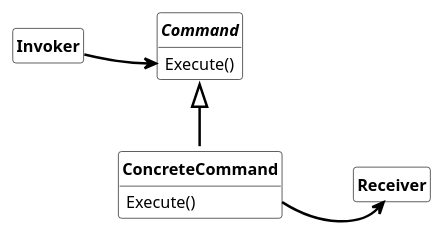
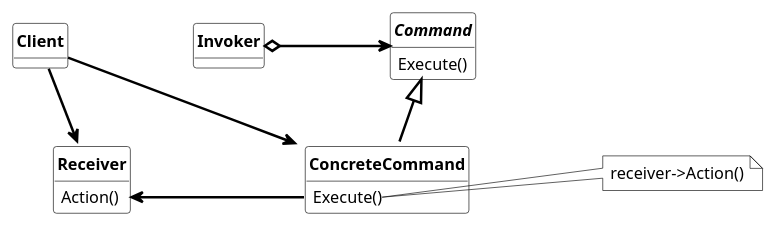
Before and after one commit to dst80/design-patterns: the diagram in behavioral_pattern/command/command.md, drawn with PlantUML. The commit also changed other lines of this file, not shown here.

Commit message:
update command pattern

````diff
--- a/behavioral_pattern/command/command.md
+++ b/behavioral_pattern/command/command.md
@@ -7,41 +5,58 @@
 ```plantuml
 @startuml command_pattern
 skinparam ranksep 50
-skinparam nodesep 50
+skinparam nodesep 100
 skinparam class {
   FontSize 13
   AttributeFontSize 13
   FontStyle bold
   BackgroundColor transparent
   BorderColor black
 }
 skinparam arrow {
   Color black
   FontColor black
   Thickness 2
 }
 skinparam note {
   BackgroundColor transparent
   BorderColor black
 }
 hide circle
 hide fields
 
-class Invoker
-hide Invoker members
+together {
+class Client {
+} 
 
+class Invoker {
+
+}
+class Receiver {
+  Action()
+} 
+Client -r[hidden] Invoker
+Client -d-> Receiver
+}
+
+together {
 interface Command {
   Execute()
 }
-Invoker -> Command::Execute
 
 class ConcreteCommand extends Command {
   Execute()
+  someState 
+}
 }
 
-class Receiver 
-hide Receiver members
+note right of ConcreteCommand::Execute
+  receiver->Action()
+end note
 
-ConcreteCommand::Execute -> Receiver
+Command <-o Invoker
+Receiver::Action <- ConcreteCommand::Execute  
+Client --> ConcreteCommand
 @enduml
+
 ```
````
